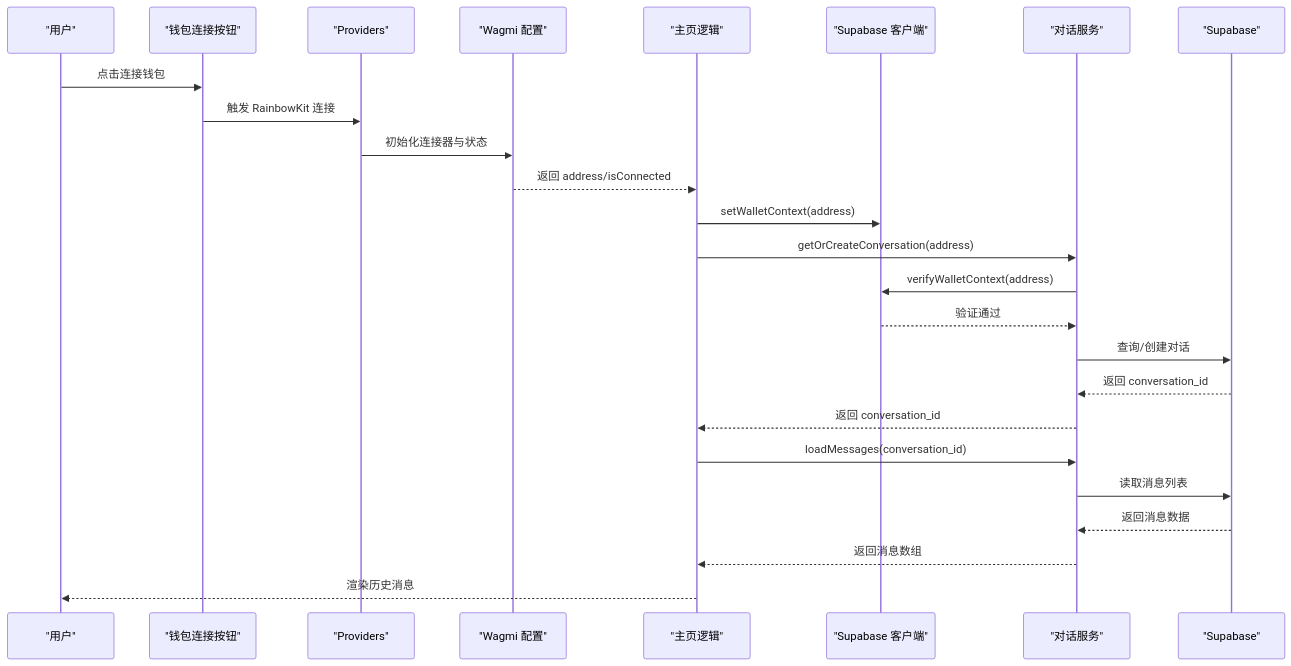
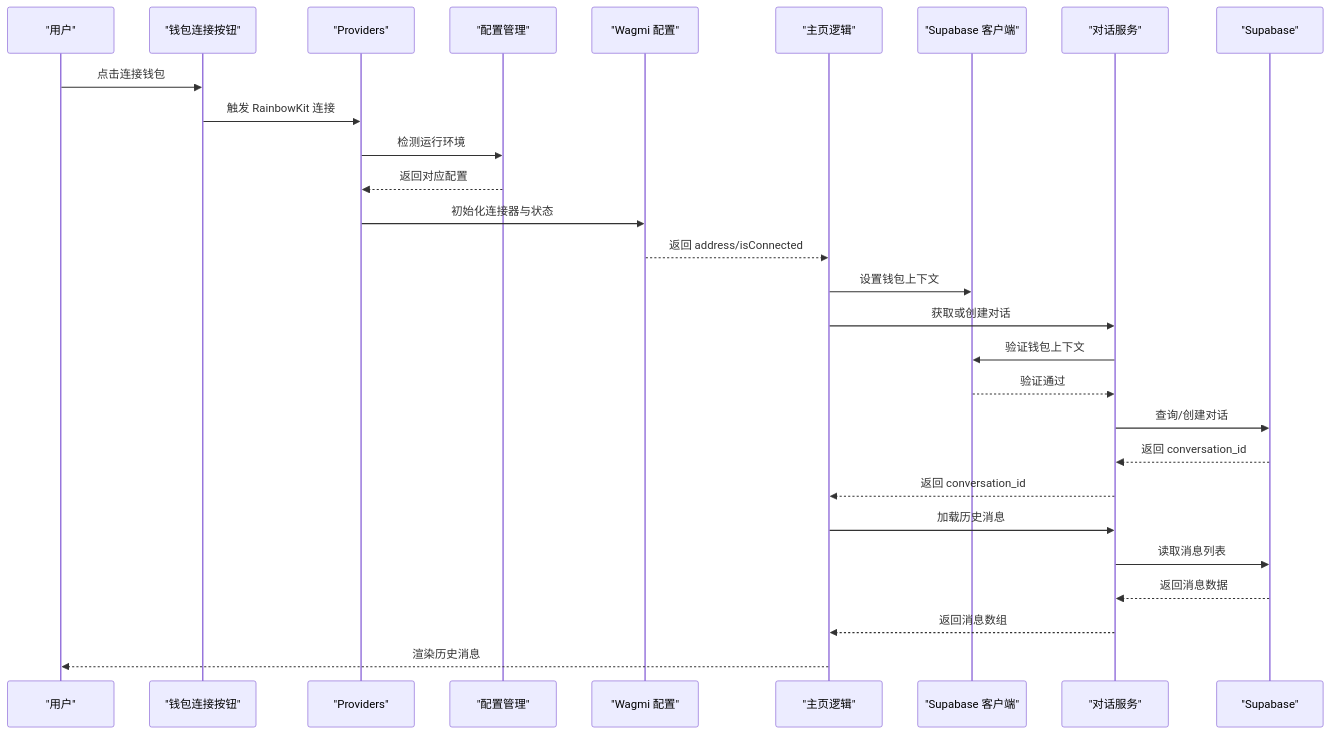
One commit to CryptoLinxu/Web3-AI-Agent changed the second of 8 diagrams in .qoder/repowiki/zh/content/快速开始/钱包登录配置指南.md. Above: the diagram before and after it, drawn with Mermaid. The commit also changed other lines of this file and 2 other files, not shown here.

````diff
--- a/.qoder/repowiki/zh/content/快速开始/钱包登录配置指南.md
+++ b/.qoder/repowiki/zh/content/快速开始/钱包登录配置指南.md
@@ -122,27 +130,30 @@
 ```mermaid
 sequenceDiagram
 participant User as "用户"
 participant WalletBtn as "钱包连接按钮"
 participant Providers as "Providers"
+participant Config as "配置管理"
 participant Wagmi as "Wagmi 配置"
 participant Page as "主页逻辑"
 participant Client as "Supabase 客户端"
 participant ConvService as "对话服务"
 participant Supabase as "Supabase"
 User->>WalletBtn : 点击连接钱包
 WalletBtn->>Providers : 触发 RainbowKit 连接
+Providers->>Config : 检测运行环境
+Config-->>Providers : 返回对应配置
 Providers->>Wagmi : 初始化连接器与状态
 Wagmi-->>Page : 返回 address/isConnected
-Page->>Client : setWalletContext(address)
-Page->>ConvService : getOrCreateConversation(address)
-ConvService->>Client : verifyWalletContext(address)
+Page->>Client : 设置钱包上下文
+Page->>ConvService : 获取或创建对话
+ConvService->>Client : 验证钱包上下文
 Client-->>ConvService : 验证通过
 ConvService->>Supabase : 查询/创建对话
 Supabase-->>ConvService : 返回 conversation_id
 ConvService-->>Page : 返回 conversation_id
-Page->>ConvService : loadMessages(conversation_id)
+Page->>ConvService : 加载历史消息
 ConvService->>Supabase : 读取消息列表
 Supabase-->>ConvService : 返回消息数据
 ConvService-->>Page : 返回消息数组
 Page-->>User : 渲染历史消息
 ```
````
